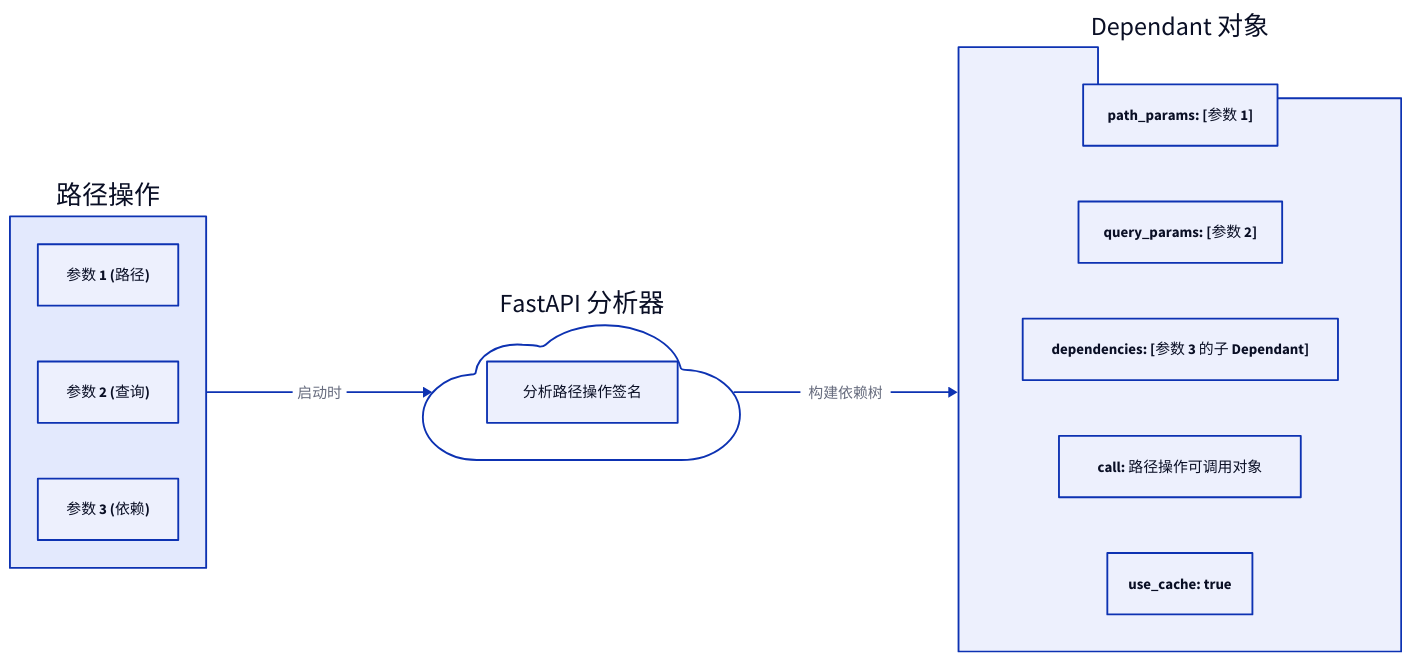
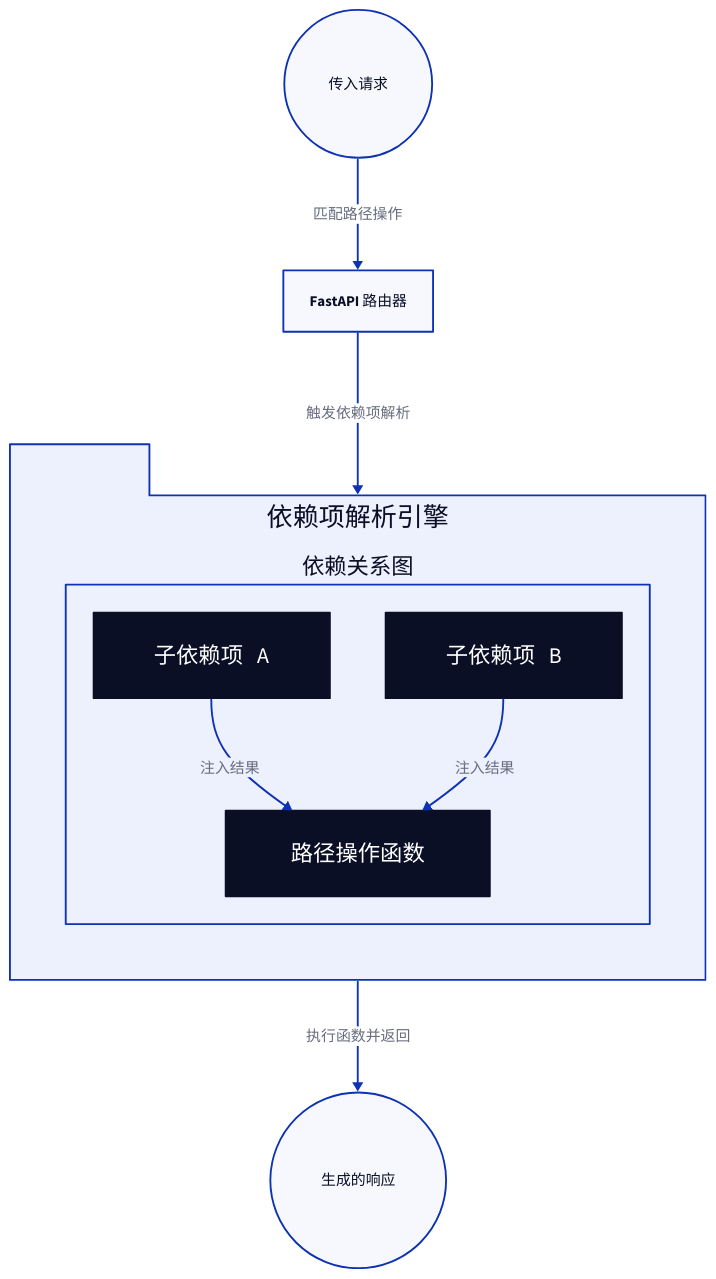
Before and after one commit to lban2049/fastapi: the diagram in .aigne/doc-smith/docs/api-reference-dependencies.zh.md, drawn with D2. The commit also changed other lines of this file and 45 other files, not shown here.

````diff
--- a/.aigne/doc-smith/docs/api-reference-dependencies.zh.md
+++ b/.aigne/doc-smith/docs/api-reference-dependencies.zh.md
@@ -111,27 +11,42 @@
 ```d2
-direction: right
+direction: down
 
-"路径操作": {
-    "参数 1 (路径)"
-    "参数 2 (查询)"
-    "参数 3 (依赖)"
+"传入请求": {
+  shape: circle
 }
 
-"FastAPI 分析器": {
-    shape: cloud
-    "get_dependant()": "分析路径操作签名"
+"FastAPI 路由器": {
+  shape: rectangle
 }
 
-"Dependant 对象": {
-    shape: package
-    "path_params: [参数 1]"
-    "query_params: [参数 2]"
-    "dependencies: [参数 3 的子 Dependant]"
-    "call: 路径操作可调用对象"
-    "use_cache: true"
+"依赖项解析引擎": {
+  shape: package
+  grid-columns: 1
+
+  "依赖关系图": {
+    shape: rectangle
+
+    "子依赖项 A": {
+      shape: class
+    }
+    "子依赖项 B": {
+      shape: class
+    }
+    "路径操作函数": {
+      shape: class
+    }
+
+    "子依赖项 A" -> "路径操作函数": "注入结果"
+    "子依赖项 B" -> "路径操作函数": "注入结果"
+  }
 }
 
-"路径操作" -> "FastAPI 分析器": "启动时"
-"FastAPI 分析器" -> "Dependant 对象": "构建依赖树"
+"生成的响应": {
+  shape: circle
+}
+
+"传入请求" -> "FastAPI 路由器": "匹配路径操作"
+"FastAPI 路由器" -> "依赖项解析引擎": "触发依赖项解析"
+"依赖项解析引擎" -> "生成的响应": "执行函数并返回"
 
 ```
````
